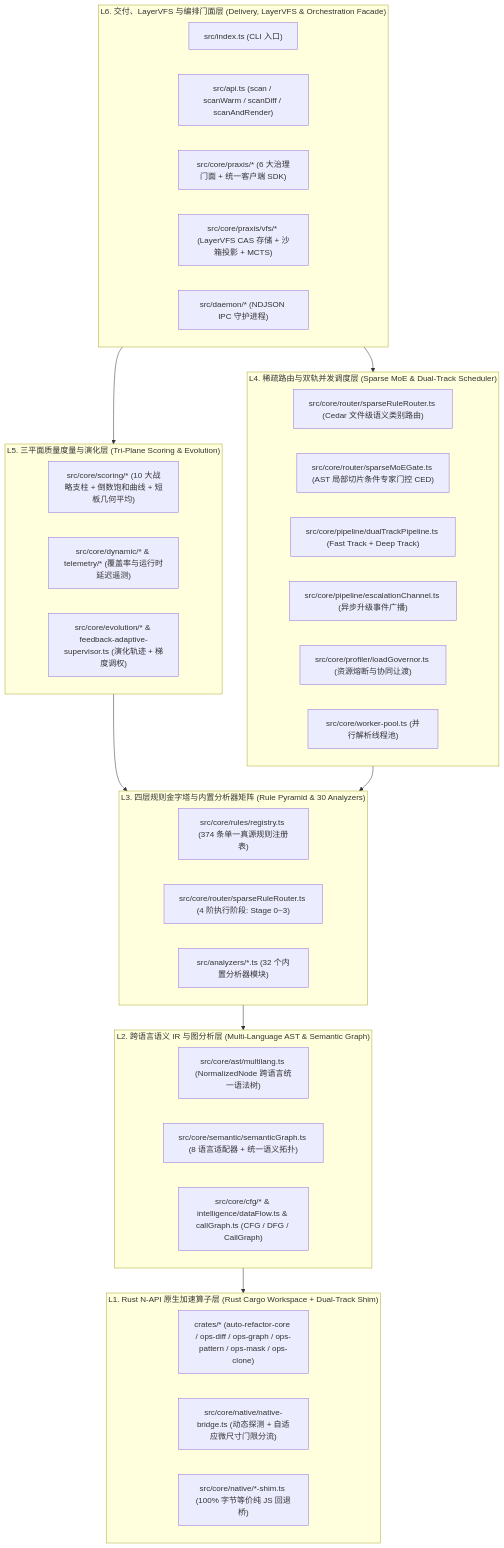
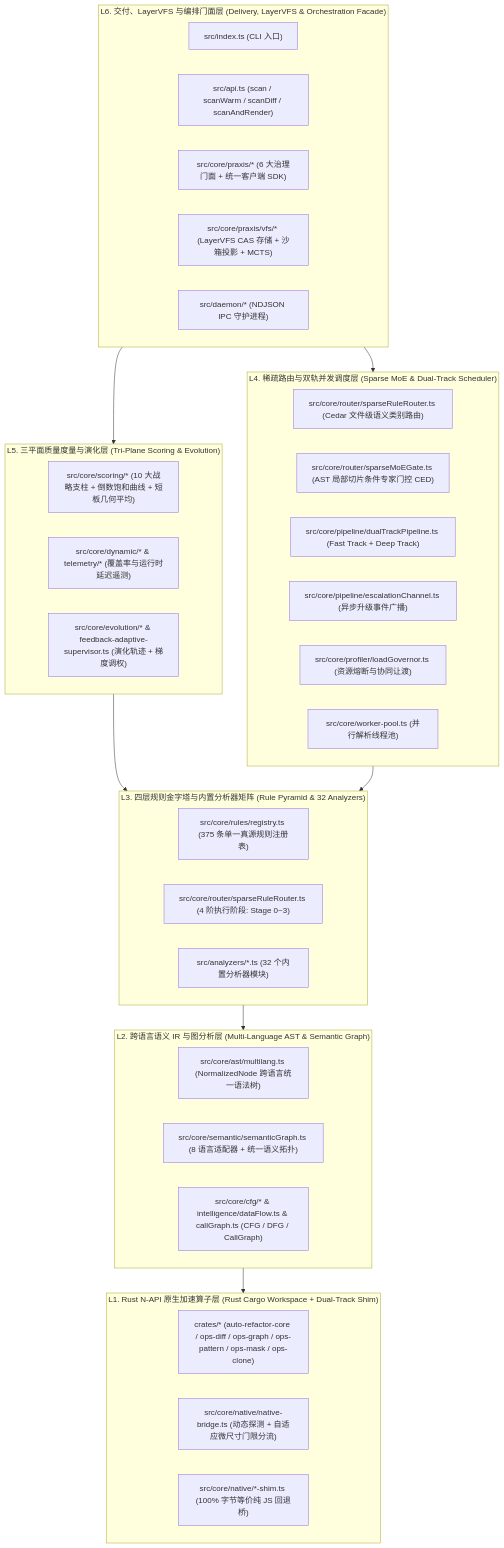
Before and after one commit to guilingzhouyi-creator/vscode-extensions: the first of 2 diagrams in auto-refactor/docs/01-architecture/01-system-overview.md, drawn with Mermaid. The commit also changed other lines of this file and 20 other files, not shown here.

````diff
--- a/auto-refactor/docs/01-architecture/01-system-overview.md
+++ b/auto-refactor/docs/01-architecture/01-system-overview.md
@@ -12,50 +12,50 @@
 ```mermaid
 flowchart TD
   subgraph L6["L6. 交付、LayerVFS 与编排门面层 (Delivery, LayerVFS & Orchestration Facade)"]
     CLI["src/index.ts (CLI 入口)"]
     API["src/api.ts (scan / scanWarm / scanDiff / scanAndRender)"]
     PRAXIS["src/core/praxis/* (6 大治理门面 + 统一客户端 SDK)"]
     VFS["src/core/praxis/vfs/* (LayerVFS CAS 存储 + 沙箱投影 + MCTS)"]
     DAEMON["src/daemon/* (NDJSON IPC 守护进程)"]
   end
 
   subgraph L5["L5. 三平面质量度量与演化层 (Tri-Plane Scoring & Evolution)"]
     STATIC["src/core/scoring/* (10 大战略支柱 + 倒数饱和曲线 + 短板几何平均)"]
     DYNAMIC["src/core/dynamic/* & telemetry/* (覆盖率与运行时延迟遥测)"]
     EVOL["src/core/evolution/* & feedback-adaptive-supervisor.ts (演化轨迹 + 梯度调权)"]
   end
 
   subgraph L4["L4. 稀疏路由与双轨并发调度层 (Sparse MoE & Dual-Track Scheduler)"]
     ROUTER["src/core/router/sparseRuleRouter.ts (Cedar 文件级语义类别路由)"]
     MOE["src/core/router/sparseMoEGate.ts (AST 局部切片条件专家门控 CED)"]
     DUAL["src/core/pipeline/dualTrackPipeline.ts (Fast Track + Deep Track)"]
     ESCALATE["src/core/pipeline/escalationChannel.ts (异步升级事件广播)"]
     GOVERNOR["src/core/profiler/loadGovernor.ts (资源熔断与协同让渡)"]
     POOL["src/core/worker-pool.ts (并行解析线程池)"]
   end
 
-  subgraph L3["L3. 四层规则金字塔与内置分析器矩阵 (Rule Pyramid & 30 Analyzers)"]
-    REG["src/core/rules/registry.ts (374 条单一真源规则注册表)"]
+  subgraph L3["L3. 四层规则金字塔与内置分析器矩阵 (Rule Pyramid & 32 Analyzers)"]
+    REG["src/core/rules/registry.ts (375 条单一真源规则注册表)"]
     STAGES["src/core/router/sparseRuleRouter.ts (4 阶执行阶段: Stage 0~3)"]
     ANALYZERS["src/analyzers/*.ts (32 个内置分析器模块)"]
   end
 
   subgraph L2["L2. 跨语言语义 IR 与图分析层 (Multi-Language AST & Semantic Graph)"]
     AST["src/core/ast/multilang.ts (NormalizedNode 跨语言统一语法树)"]
     GRAPH["src/core/semantic/semanticGraph.ts (8 语言适配器 + 统一语义拓扑)"]
     FLOW["src/core/cfg/* & intelligence/dataFlow.ts & callGraph.ts (CFG / DFG / CallGraph)"]
   end
 
   subgraph L1["L1. Rust N-API 原生加速算子层 (Rust Cargo Workspace + Dual-Track Shim)"]
     CRATES["crates/* (auto-refactor-core / ops-diff / ops-graph / ops-pattern / ops-mask / ops-clone)"]
     BRIDGE["src/core/native/native-bridge.ts (动态探测 + 自适应微尺寸门限分流)"]
     SHIM["src/core/native/*-shim.ts (100% 字节等价纯 JS 回退桥)"]
   end
 
   L6 --> L5
   L6 --> L4
   L5 --> L3
   L4 --> L3
   L3 --> L2
   L2 --> L1
 ```
````
